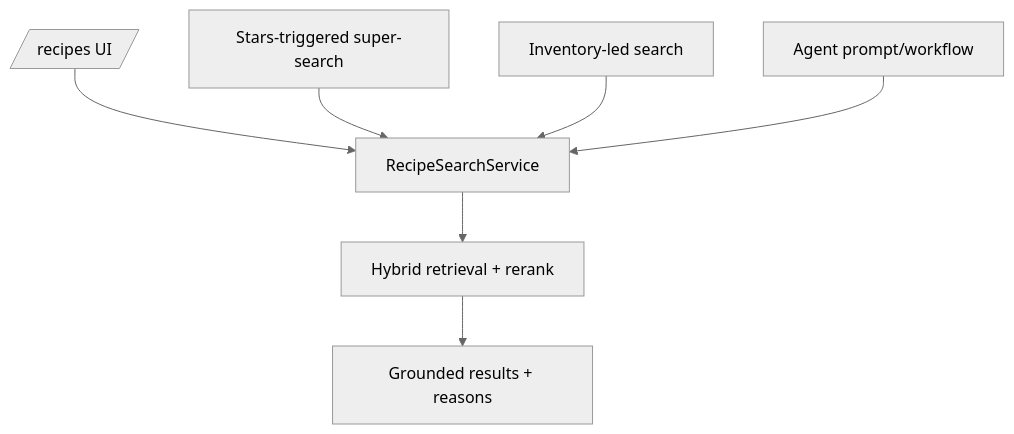
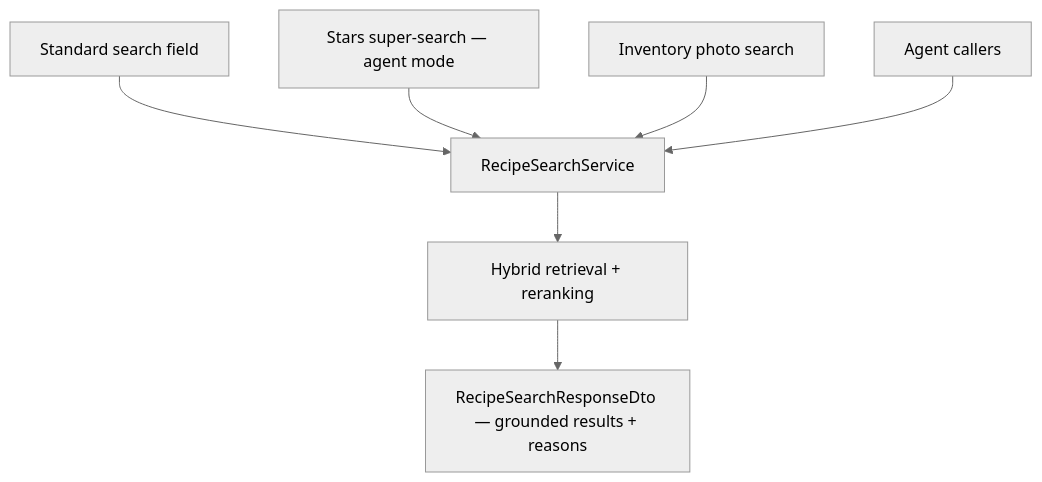
One commit to AlexandreBrisebois/whats-for-supper changed the eighth of 8 diagrams in docs/flows/data-flows/recipe-search-index-and-recovery.md. Above: the diagram before and after it, drawn with Mermaid (neutral theme). The commit also changed other lines of this file and 14 other files, not shown here.

````diff
--- a/docs/flows/data-flows/recipe-search-index-and-recovery.md
+++ b/docs/flows/data-flows/recipe-search-index-and-recovery.md
@@ -312,9 +388,9 @@
 ```mermaid
 flowchart TD
-    A[/recipes UI/] --> C[RecipeSearchService]
-    B[Stars-triggered super-search] --> C
-    B2[Inventory-led search] --> C
-    D2[Agent prompt/workflow] --> C
-    C --> E[Hybrid retrieval + rerank]
-    E --> F[Grounded results + reasons]
+    A[Standard search field] --> C[RecipeSearchService]
+    B[Stars super-search — agent mode] --> C
+    B2[Inventory photo search] --> C
+    D[Agent callers] --> C
+    C --> E[Hybrid retrieval + reranking]
+    E --> F[RecipeSearchResponseDto — grounded results + reasons]
 ```
````
